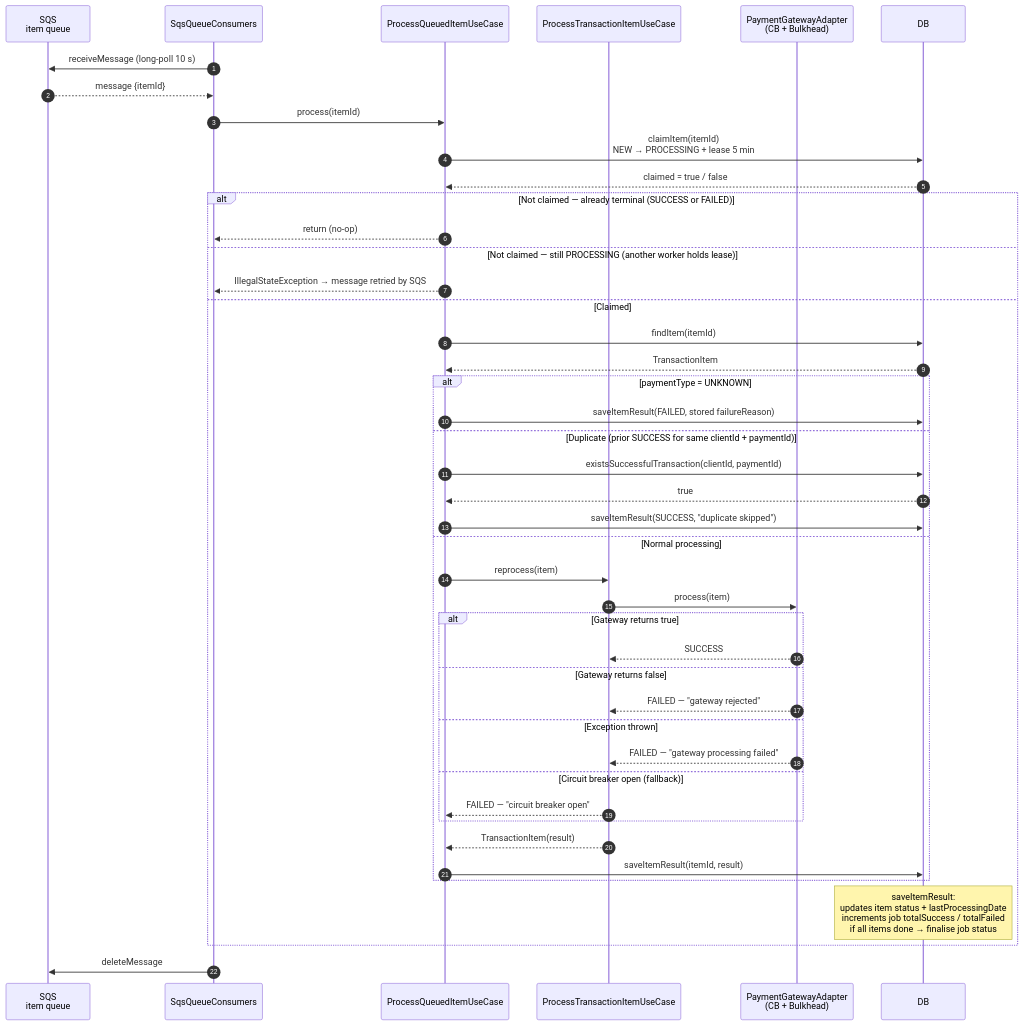
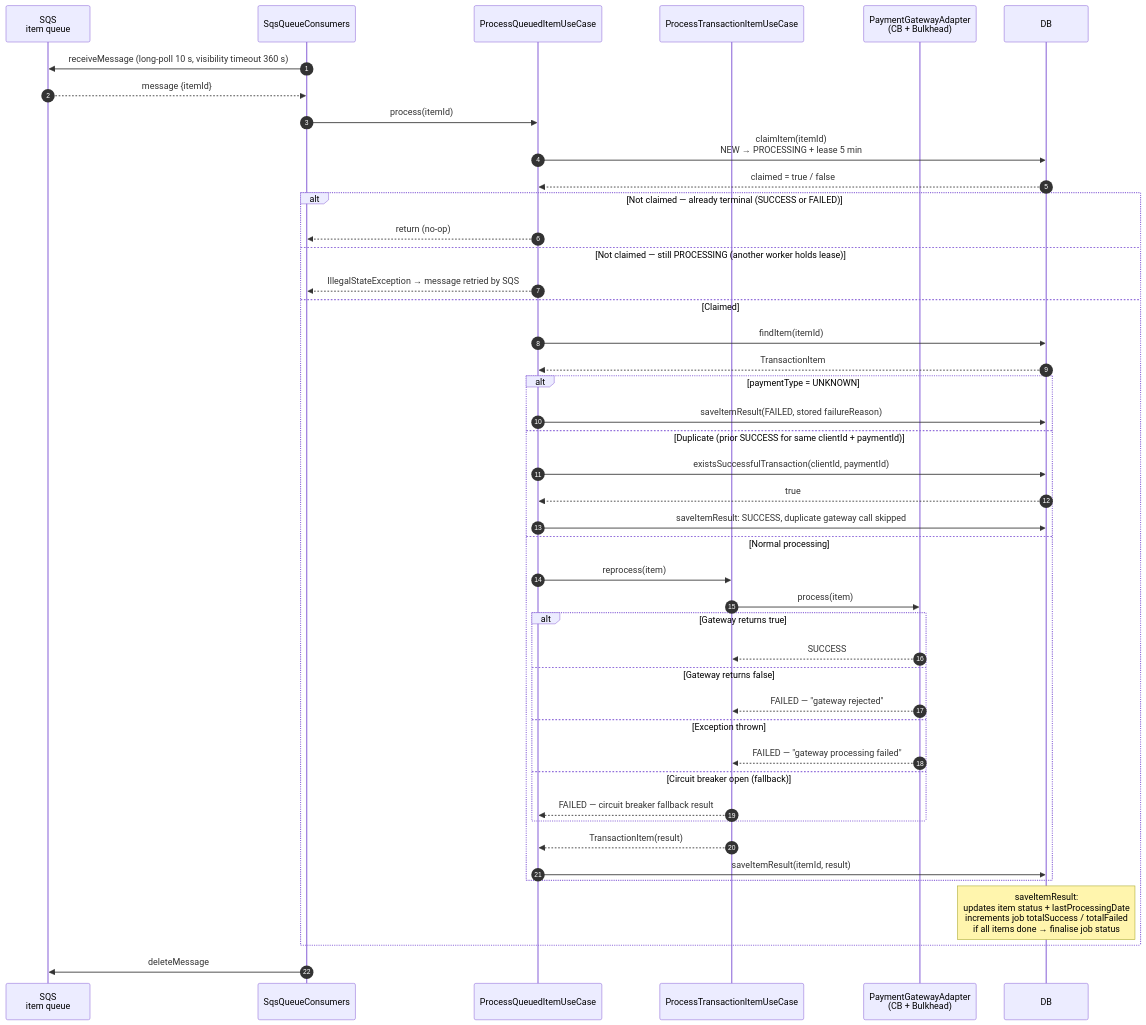
The fourth of 7 diagrams in ARCHITECTURE.md (edovirgolim/payment-reprocessing-api-showcase), drawn with Mermaid before and after one commit. The commit also changed other lines of this file and 1 other file, not shown here.

Commit message:
Updated README and ARCHITECTURE files

````diff
--- a/ARCHITECTURE.md
+++ b/ARCHITECTURE.md
@@ -214,55 +241,55 @@
 ```mermaid
 sequenceDiagram
     autonumber
     participant SQS as SQS<br/>item queue
     participant Consumer as SqsQueueConsumers
     participant QueuedUC as ProcessQueuedItemUseCase
     participant ProcessUC as ProcessTransactionItemUseCase
     participant Gateway as PaymentGatewayAdapter<br/>(CB + Bulkhead)
     participant DB
 
-    Consumer->>SQS: receiveMessage (long-poll 10 s)
+    Consumer->>SQS: receiveMessage (long-poll 10 s, visibility timeout 360 s)
     SQS-->>Consumer: message {itemId}
 
     Consumer->>QueuedUC: process(itemId)
 
     QueuedUC->>DB: claimItem(itemId)<br/>NEW → PROCESSING + lease 5 min
     DB-->>QueuedUC: claimed = true / false
 
     alt Not claimed — already terminal (SUCCESS or FAILED)
         QueuedUC-->>Consumer: return (no-op)
     else Not claimed — still PROCESSING (another worker holds lease)
         QueuedUC-->>Consumer: IllegalStateException → message retried by SQS
     else Claimed
         QueuedUC->>DB: findItem(itemId)
         DB-->>QueuedUC: TransactionItem
 
         alt paymentType = UNKNOWN
             QueuedUC->>DB: saveItemResult(FAILED, stored failureReason)
         else Duplicate (prior SUCCESS for same clientId + paymentId)
             QueuedUC->>DB: existsSuccessfulTransaction(clientId, paymentId)
             DB-->>QueuedUC: true
-            QueuedUC->>DB: saveItemResult(SUCCESS, "duplicate skipped")
+            QueuedUC->>DB: saveItemResult: SUCCESS, duplicate gateway call skipped
         else Normal processing
             QueuedUC->>ProcessUC: reprocess(item)
             ProcessUC->>Gateway: process(item)
 
             alt Gateway returns true
                 Gateway-->>ProcessUC: SUCCESS
             else Gateway returns false
                 Gateway-->>ProcessUC: FAILED — "gateway rejected"
             else Exception thrown
                 Gateway-->>ProcessUC: FAILED — "gateway processing failed"
             else Circuit breaker open (fallback)
-                ProcessUC-->>QueuedUC: FAILED — "circuit breaker open"
+                ProcessUC-->>QueuedUC: FAILED — circuit breaker fallback result
             end
 
             ProcessUC-->>QueuedUC: TransactionItem(result)
             QueuedUC->>DB: saveItemResult(itemId, result)
         end
 
         Note over DB: saveItemResult:<br/>updates item status + lastProcessingDate<br/>increments job totalSuccess / totalFailed<br/>if all items done → finalise job status
     end
 
     Consumer->>SQS: deleteMessage
 ```
````
